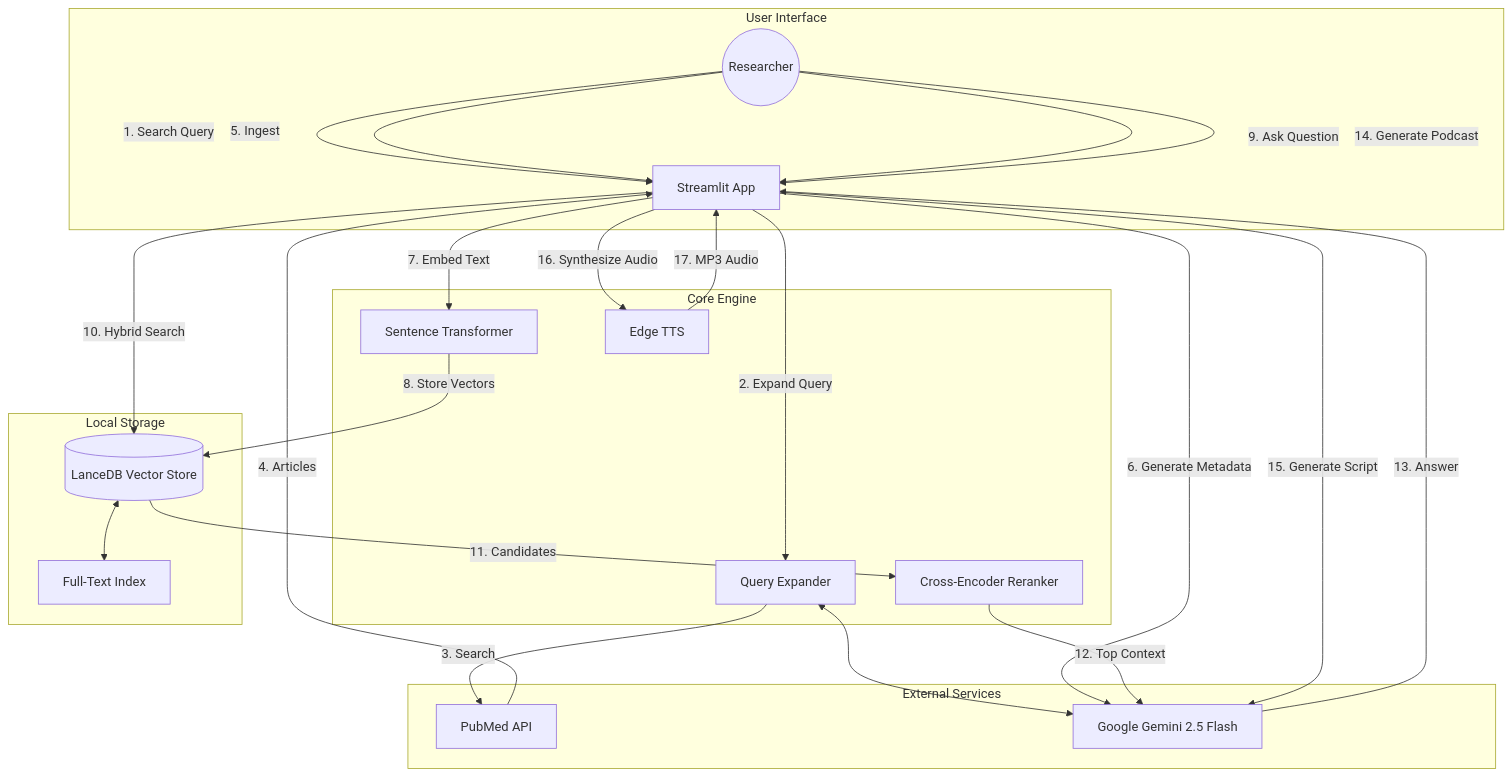
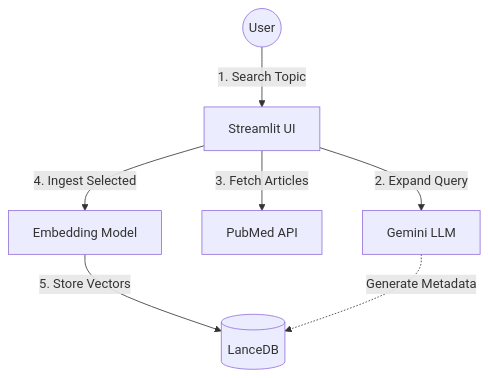
Before and after one commit to geoffkip/PubMed-Assistant: the first of 3 diagrams in README.md, drawn with Mermaid. The commit also changed other lines of this file, not shown here.

Commit message:
update diagrams

````diff
--- a/README.md
+++ b/README.md
@@ -33,48 +40,9 @@
 ```mermaid
 graph TD
-    subgraph User_Interface [User Interface]
-        UI[Streamlit App]
-        User((Researcher))
-    end
-
-    subgraph External_Services [External Services]
-        PubMed[PubMed API]
-        Gemini[Google Gemini 2.5 Flash]
-    end
-
-    subgraph Core_Engine [Core Engine]
-        Expander[Query Expander]
-        Embedder[Sentence Transformer]
-        Reranker[Cross-Encoder Reranker]
-        TTS[Edge TTS]
-    end
-
-    subgraph Storage [Local Storage]
-        LDB[(LanceDB Vector Store)]
-        FTS[Full-Text Index]
-    end
-
-    %% Flows
-    User -->|1. Search Query| UI
-    UI -->|2. Expand Query| Expander
-    Expander <--> Gemini
-    Expander -->|3. Search| PubMed
-    PubMed -->|4. Articles| UI
-    
-    User -->|5. Ingest| UI
-    UI -->|6. Generate Metadata| Gemini
-    UI -->|7. Embed Text| Embedder
-    Embedder -->|8. Store Vectors| LDB
-    
-    User -->|9. Ask Question| UI
-    UI -->|10. Hybrid Search| LDB
-    LDB <--> FTS
-    LDB -->|11. Candidates| Reranker
-    Reranker -->|12. Top Context| Gemini
-    Gemini -->|13. Answer| UI
-    
-    User -->|14. Generate Podcast| UI
-    UI -->|15. Generate Script| Gemini
-    UI -->|16. Synthesize Audio| TTS
-    TTS -->|17. MP3 Audio| UI
+    User((User)) -->|1. Search Topic| UI[Streamlit UI]
+    UI -->|2. Expand Query| Gemini[Gemini LLM]
+    UI -->|3. Fetch Articles| PubMed[PubMed API]
+    UI -->|4. Ingest Selected| Embedder[Embedding Model]
+    Embedder -->|5. Store Vectors| DB[(LanceDB)]
+    Gemini -.->|Generate Metadata| DB
 ```
````
